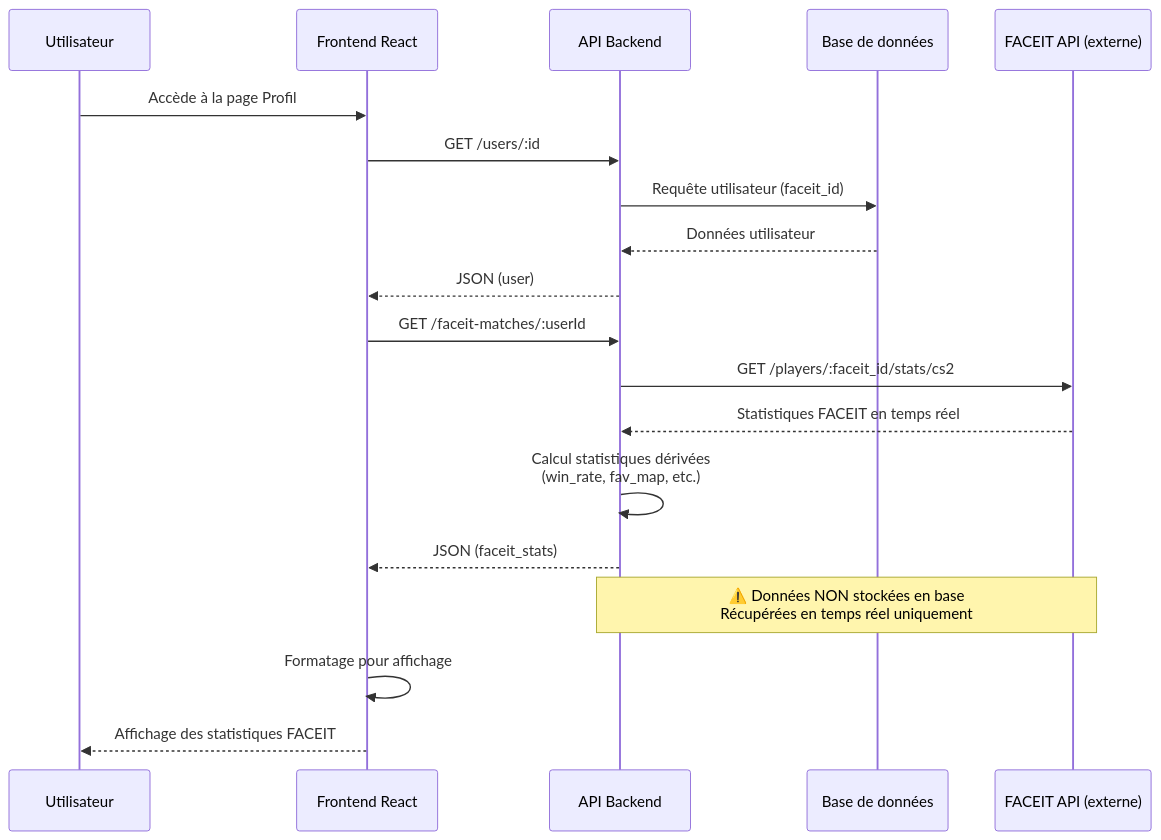
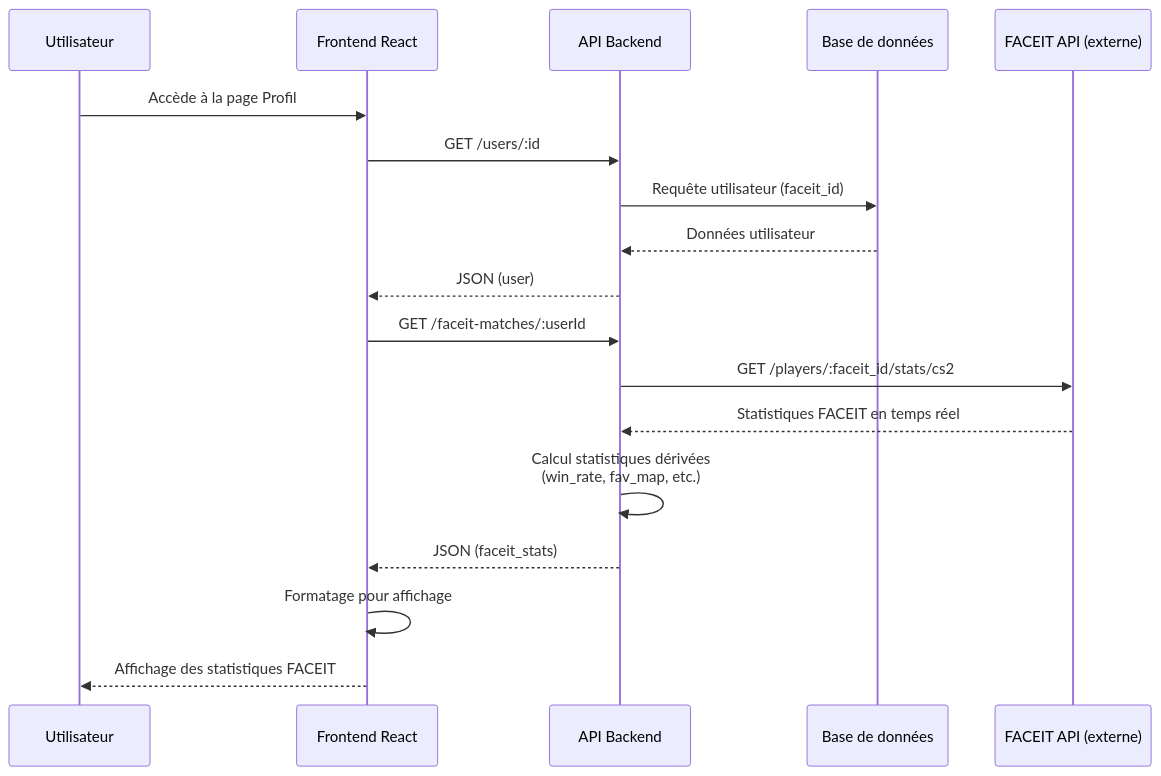
Before and after one commit to kenant68/Find-It: the diagram in apps/documentation/sequences/faceit-stats.mmd, drawn with Mermaid.

```diff
--- a/apps/documentation/sequences/faceit-stats.mmd
+++ b/apps/documentation/sequences/faceit-stats.mmd
@@ -1,23 +1,22 @@
 sequenceDiagram
     participant User as Utilisateur
     participant Frontend as Frontend React
     participant API as API Backend
     participant DB as Base de données
     participant Faceit as FACEIT API (externe)
 
     User->>Frontend: Accède à la page Profil
     Frontend->>API: GET /users/:id
     API->>DB: Requête utilisateur (faceit_id)
     DB-->>API: Données utilisateur
     API-->>Frontend: JSON (user)
 
     Frontend->>API: GET /faceit-matches/:userId
     API->>Faceit: GET /players/:faceit_id/stats/cs2
     Faceit-->>API: Statistiques FACEIT en temps réel
     API->>API: Calcul statistiques dérivées<br/>(win_rate, fav_map, etc.)
     API-->>Frontend: JSON (faceit_stats)
 
-    Note over API,Faceit: ⚠️ Données NON stockées en base<br/>Récupérées en temps réel uniquement
 
     Frontend->>Frontend: Formatage pour affichage
     Frontend-->>User: Affichage des statistiques FACEIT
```
